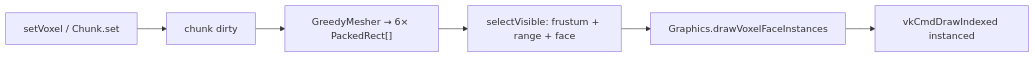
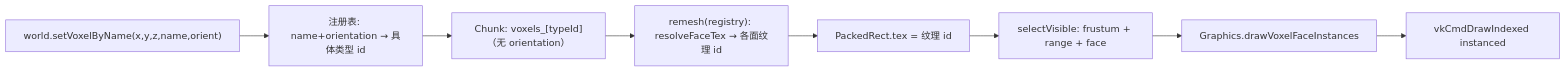
Before and after one commit to EVEngine/EVEngine: the diagram in docs/dev/体素渲染模块设计.md, drawn with Mermaid. The commit also changed other lines of this file and 15 other files, not shown here.

First line of the commit message:
feat(voxel): implement CubeType and CubeTypeRegistry for enhanced voxel type management

````diff
--- a/docs/dev/体素渲染模块设计.md
+++ b/docs/dev/体素渲染模块设计.md
@@ -50,8 +52,10 @@
 ```mermaid
 flowchart LR
-  Edit["setVoxel / Chunk.set"] --> Dirty["chunk dirty"]
-  Dirty --> Remesh["GreedyMesher → 6× PackedRect[]"]
-  Remesh --> Select["selectVisible: frustum + range + face"]
+  Edit["world.setVoxelByName(x,y,z,name,orient)"] --> Resolve["注册表: name+orientation → 具体类型 id"]
+  Resolve --> Chunk["Chunk: voxels_[typeId]（无 orientation）"]
+  Chunk --> Remesh["remesh(registry): resolveFaceTex → 各面纹理 id"]
+  Remesh --> Packed["PackedRect.tex = 纹理 id"]
+  Packed --> Select["selectVisible: frustum + range + face"]
   Select --> Draw["Graphics.drawVoxelFaceInstances"]
   Draw --> GPU["vkCmdDrawIndexed instanced"]
 ```
````
